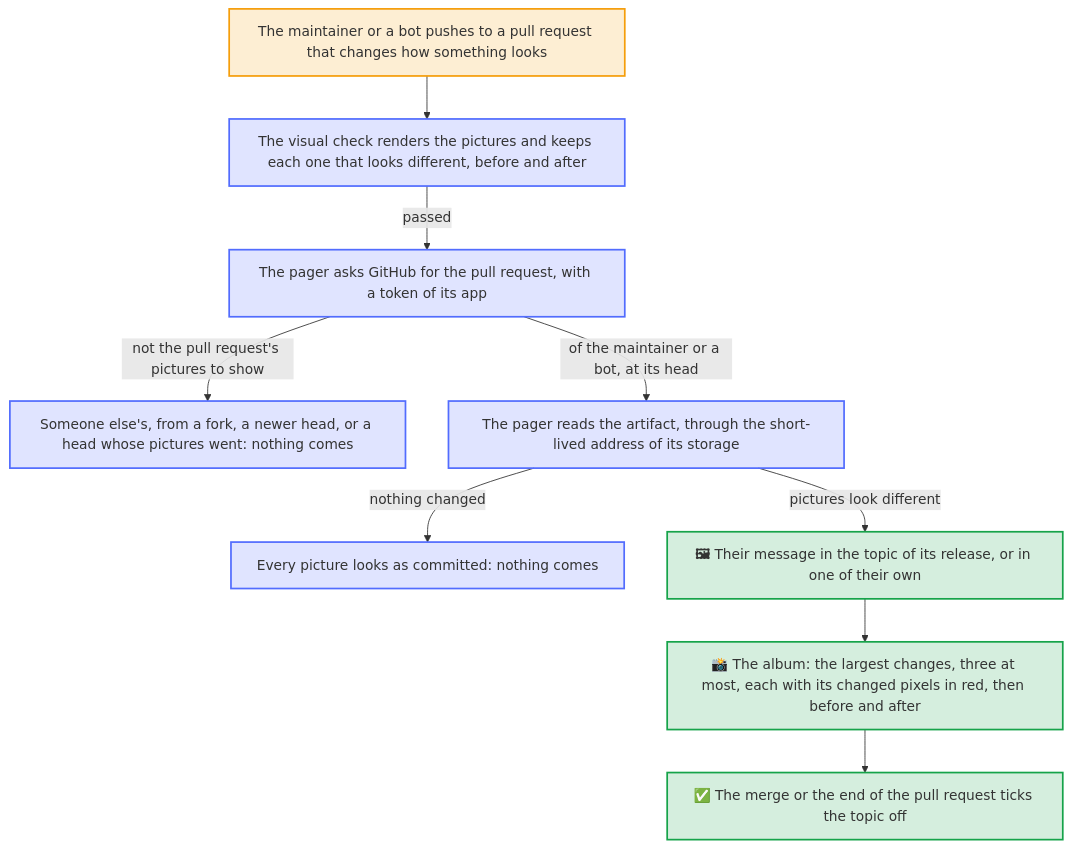
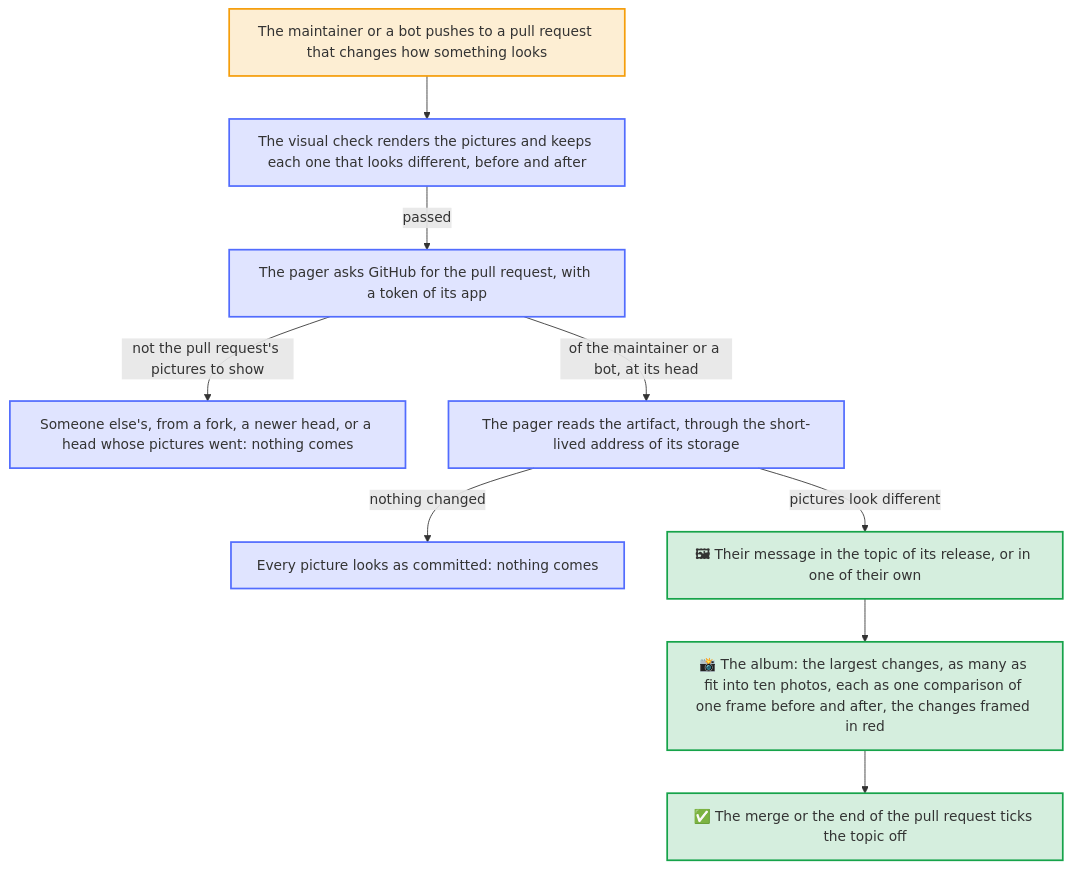
Before and after one commit to Dennis-Otto/dennis-otto-pager: the diagram in docs/diagrams/the-pictures-of-a-visual-change.mmd, drawn with Mermaid. The commit also changed 19 other files, not shown here.

First line of the commit message:
fix: the album shows one comparison per changed picture, of one frame (#208)

```diff
--- a/docs/diagrams/the-pictures-of-a-visual-change.mmd
+++ b/docs/diagrams/the-pictures-of-a-visual-change.mmd
@@ -1,32 +1,32 @@
 ---
 config:
   flowchart:
     wrappingWidth: 400
 ---
 flowchart TB
     accTitle: The pictures of a visual change
-    accDescr: The maintainer or a bot pushes to a pull request that changes how something looks, and its visual check renders the pictures again and keeps each one that looks different in an artifact, before and after. When the check passed, the pager asks GitHub for the pull request, with a token of its app. One of someone else, from a fork, or that moved on to a newer head ends there, and so does a head whose pictures went already. Otherwise the pager reads the artifact with the same token, through the short-lived address of its storage. When every picture looks as committed, nothing comes. When some look different, their message goes into the topic of its release, or of a thing of their own, and the album of the largest changes follows, at most three pictures, each with its changed pixels in red when the check drew them, then before and after. The merge or the end of the pull request ticks the topic off.
+    accDescr: The maintainer or a bot pushes to a pull request that changes how something looks, and its visual check renders the pictures again and keeps each one that looks different in an artifact, before and after. When the check passed, the pager asks GitHub for the pull request, with a token of its app. One of someone else, from a fork, or that moved on to a newer head ends there, and so does a head whose pictures went already. Otherwise the pager reads the artifact with the same token, through the short-lived address of its storage. When every picture looks as committed, nothing comes. When some look different, their message goes into the topic of its release, or of a thing of their own, and the album of the largest changes follows, as many as fit into the ten photos of an album, each as one comparison of the same frame before and after with the changes framed in red, or, from an older check, its changed pixels in red, then before and after. The merge or the end of the pull request ticks the topic off.
 
     push["`The maintainer or a bot pushes to a pull request that changes how something looks`"]
     check["`The visual check renders the pictures and keeps each one that looks different, before and after`"]
     ask["The pager asks GitHub for the pull request, with a token of its app"]
     stop["`Someone else's, from a fork, a newer head, or a head whose pictures went: nothing comes`"]
     read["`The pager reads the artifact, through the short-lived address of its storage`"]
     same["`Every picture looks as committed: nothing comes`"]
     topic["`**🖼** Their message in the topic of its release, or in one of their own`"]
-    album["`**📸** The album: the largest changes, three at most, each with its changed pixels in red, then before and after`"]
+    album["`**📸** The album: the largest changes, as many as fit into ten photos, each as one comparison of one frame before and after, the changes framed in red`"]
     done["`**✅** The merge or the end of the pull request ticks the topic off`"]
 
     push --> check
     check -- "passed" --> ask
     ask -- "not the pull request's pictures to show" --> stop
     ask -- "of the maintainer or a bot, at its head" --> read
     read -- "nothing changed" --> same
     read -- "pictures look different" --> topic --> album --> done
 
     classDef you fill:#f59e0b2e,stroke:#f59e0b,stroke-width:2px
     classDef bot fill:#526cfe2e,stroke:#526cfe,stroke-width:2px
     classDef done fill:#16a34a2e,stroke:#16a34a,stroke-width:2px
     class push you
     class check,ask,stop,read,same bot
     class topic,album,done done
```
